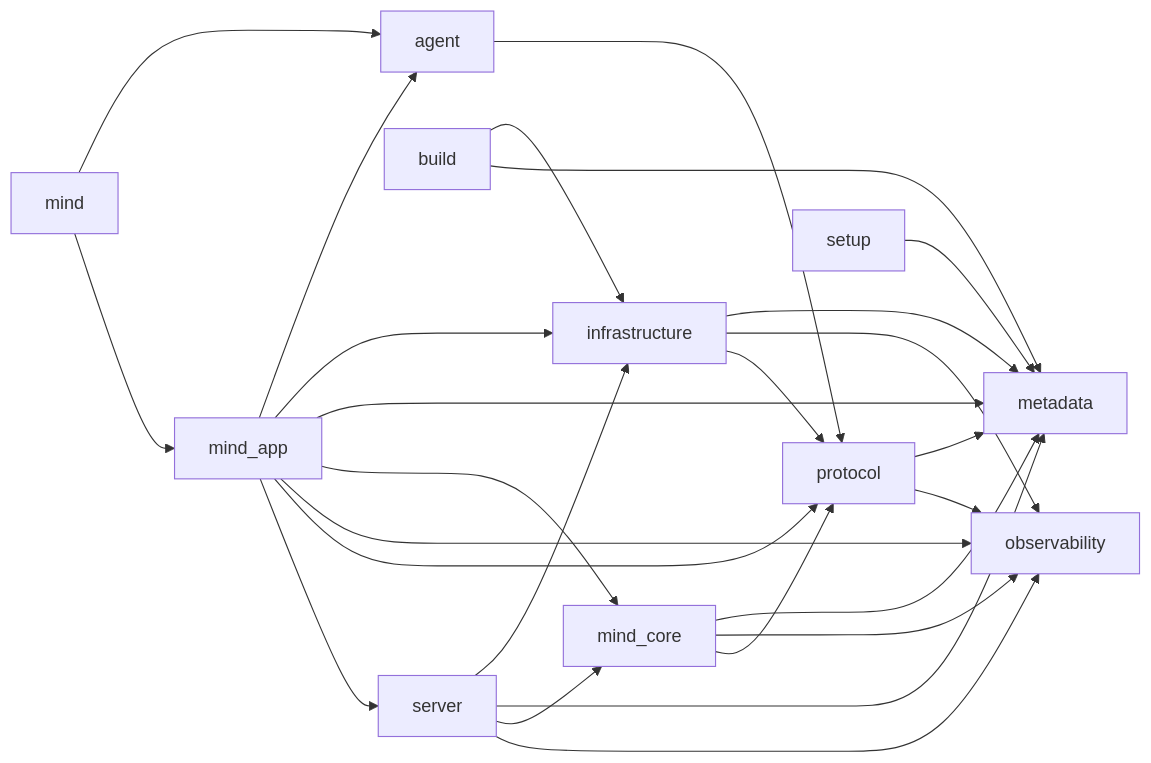
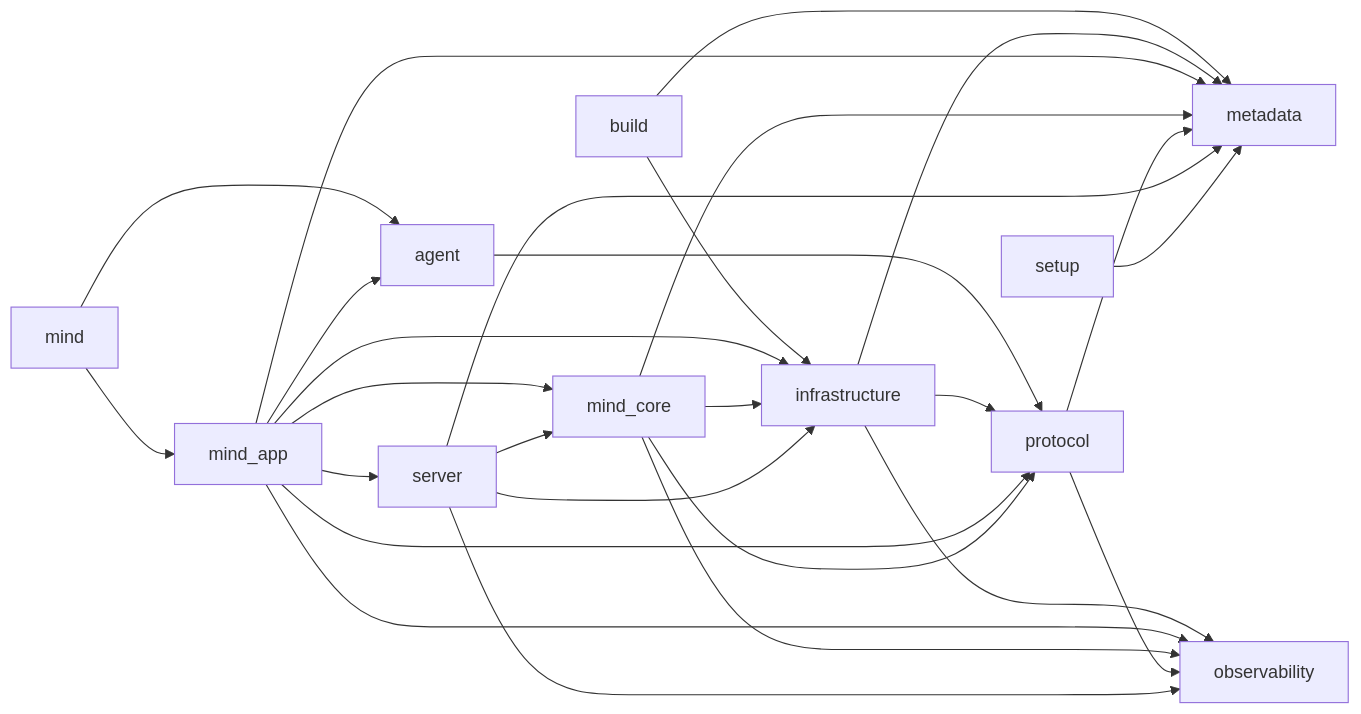
One commit to AxionixLabs/ProxyMind changed the diagram in AGENT_RUNTIME_IMPORT_GRAPH.md. Above: the diagram before and after it, drawn with Mermaid. The commit also changed other lines of this file and 22 other files, not shown here.

````diff
--- a/AGENT_RUNTIME_IMPORT_GRAPH.md
+++ b/AGENT_RUNTIME_IMPORT_GRAPH.md
@@ -15,28 +15,29 @@
 ```mermaid
 flowchart LR
     agent --> protocol
     build --> infrastructure
     build --> metadata
     infrastructure --> metadata
     infrastructure --> observability
     infrastructure --> protocol
     mind --> agent
     mind --> mind_app
     mind_app --> agent
     mind_app --> infrastructure
     mind_app --> metadata
     mind_app --> mind_core
     mind_app --> observability
     mind_app --> protocol
     mind_app --> server
+    mind_core --> infrastructure
     mind_core --> metadata
     mind_core --> observability
     mind_core --> protocol
     protocol --> metadata
     protocol --> observability
     server --> infrastructure
     server --> metadata
     server --> mind_core
     server --> observability
     setup --> metadata
 ```
````
